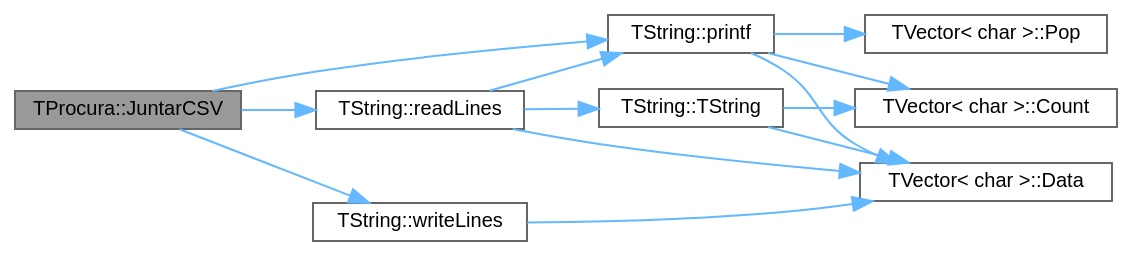
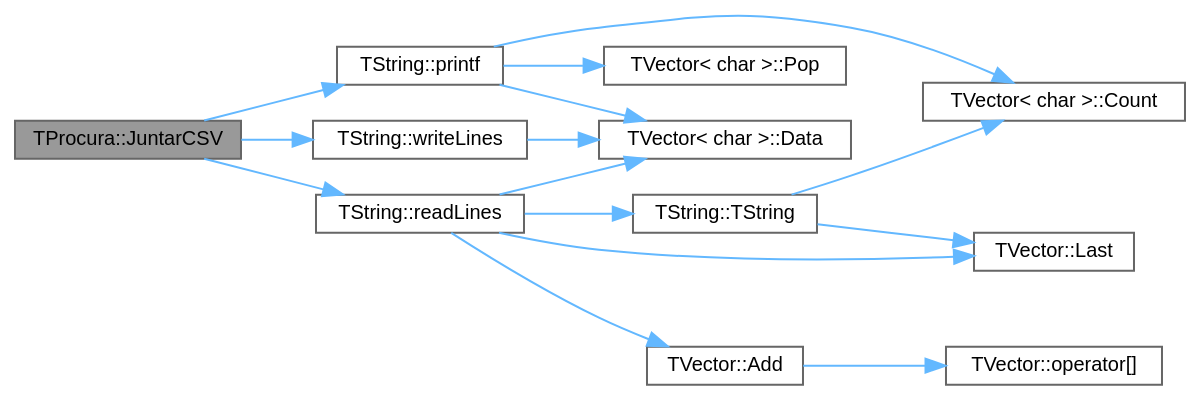
The diagram in classTProcura_a7a323608db4326cb4f9901e324881035_cgraph.dot (jcoelho72/TProcura), drawn with Graphviz before and after one commit. The commit also changed 68 other files, not shown here.

```diff
--- a/classTProcura_a7a323608db4326cb4f9901e324881035_cgraph.dot
+++ b/classTProcura_a7a323608db4326cb4f9901e324881035_cgraph.dot
@@ -1,28 +1,33 @@
 digraph "TProcura::JuntarCSV"
 {
  // LATEX_PDF_SIZE
   bgcolor="transparent";
   edge [fontname=Helvetica,fontsize=10,labelfontname=Helvetica,labelfontsize=10];
   node [fontname=Helvetica,fontsize=10,shape=box,height=0.2,width=0.4];
   rankdir="LR";
   Node1 [id="Node000001",label="TProcura::JuntarCSV",height=0.2,width=0.4,color="gray40", fillcolor="grey60", style="filled", fontcolor="black",tooltip="Juntar ficheiros CSV gerados por diferentes processos MPI em um único ficheiro."];
   Node1 -> Node2 [id="edge1_Node000001_Node000002",color="steelblue1",style="solid",tooltip=" "];
   Node2 [id="Node000002",label="TString::printf",height=0.2,width=0.4,color="grey40", fillcolor="white", style="filled",URL="$classTString.html#a4b9a718839325a0e057bc6e2483d3f17",tooltip=" "];
   Node2 -> Node3 [id="edge2_Node000002_Node000003",color="steelblue1",style="solid",tooltip=" "];
   Node3 [id="Node000003",label="TVector\< char \>::Count",height=0.2,width=0.4,color="grey40", fillcolor="white", style="filled",URL="$classTVector.html#ac3c744d84543ca6e32859eb7dfccfeef",tooltip=" "];
   Node2 -> Node4 [id="edge3_Node000002_Node000004",color="steelblue1",style="solid",tooltip=" "];
   Node4 [id="Node000004",label="TVector\< char \>::Data",height=0.2,width=0.4,color="grey40", fillcolor="white", style="filled",URL="$classTVector.html#addd572d70b587092fddc21a8b0f53120",tooltip="Acesso direto."];
   Node2 -> Node5 [id="edge4_Node000002_Node000005",color="steelblue1",style="solid",tooltip=" "];
   Node5 [id="Node000005",label="TVector\< char \>::Pop",height=0.2,width=0.4,color="grey40", fillcolor="white", style="filled",URL="$classTVector.html#a3249913626d54e46b07e168ce1f05d87",tooltip=" "];
   Node1 -> Node6 [id="edge5_Node000001_Node000006",color="steelblue1",style="solid",tooltip=" "];
   Node6 [id="Node000006",label="TString::readLines",height=0.2,width=0.4,color="grey40", fillcolor="white", style="filled",URL="$classTString.html#ae7b848f7e090aae31886c8fd535e1055",tooltip=" "];
-  Node6 -> Node4 [id="edge6_Node000006_Node000004",color="steelblue1",style="solid",tooltip=" "];
-  Node6 -> Node2 [id="edge7_Node000006_Node000002",color="steelblue1",style="solid",tooltip=" "];
-  Node6 -> Node7 [id="edge8_Node000006_Node000007",color="steelblue1",style="solid",tooltip=" "];
-  Node7 [id="Node000007",label="TString::TString",height=0.2,width=0.4,color="grey40", fillcolor="white", style="filled",URL="$classTString.html#a2fb70d94c8fdba6d90145a01aec1ce3f",tooltip=" "];
-  Node7 -> Node3 [id="edge9_Node000007_Node000003",color="steelblue1",style="solid",tooltip=" "];
-  Node7 -> Node4 [id="edge10_Node000007_Node000004",color="steelblue1",style="solid",tooltip=" "];
-  Node1 -> Node8 [id="edge11_Node000001_Node000008",color="steelblue1",style="solid",tooltip=" "];
-  Node8 [id="Node000008",label="TString::writeLines",height=0.2,width=0.4,color="grey40", fillcolor="white", style="filled",URL="$classTString.html#af95d76252021ef33b1ff8748b73b236d",tooltip=" "];
-  Node8 -> Node4 [id="edge12_Node000008_Node000004",color="steelblue1",style="solid",tooltip=" "];
+  Node6 -> Node7 [id="edge6_Node000006_Node000007",color="steelblue1",style="solid",tooltip=" "];
+  Node7 [id="Node000007",label="TVector::Add",height=0.2,width=0.4,color="grey40", fillcolor="white", style="filled",URL="$classTVector.html#aa28afdd47b27c5e004fc75b86d6f66a6",tooltip=" "];
+  Node7 -> Node8 [id="edge7_Node000007_Node000008",color="steelblue1",style="solid",tooltip=" "];
+  Node8 [id="Node000008",label="TVector::operator[]",height=0.2,width=0.4,color="grey40", fillcolor="white", style="filled",URL="$classTVector.html#a372a42fd7c4a94fee43db36d6a339b33",tooltip="Acesso por índice com auto-expansão."];
+  Node6 -> Node4 [id="edge8_Node000006_Node000004",color="steelblue1",style="solid",tooltip=" "];
+  Node6 -> Node9 [id="edge9_Node000006_Node000009",color="steelblue1",style="solid",tooltip=" "];
+  Node9 [id="Node000009",label="TVector::Last",height=0.2,width=0.4,color="grey40", fillcolor="white", style="filled",URL="$classTVector.html#aa304d639c79ef2842f9951846c6292e3",tooltip=" "];
+  Node6 -> Node10 [id="edge10_Node000006_Node000010",color="steelblue1",style="solid",tooltip=" "];
+  Node10 [id="Node000010",label="TString::TString",height=0.2,width=0.4,color="grey40", fillcolor="white", style="filled",URL="$classTString.html#a2fb70d94c8fdba6d90145a01aec1ce3f",tooltip=" "];
+  Node10 -> Node3 [id="edge11_Node000010_Node000003",color="steelblue1",style="solid",tooltip=" "];
+  Node10 -> Node9 [id="edge12_Node000010_Node000009",color="steelblue1",style="solid",tooltip=" "];
+  Node1 -> Node11 [id="edge13_Node000001_Node000011",color="steelblue1",style="solid",tooltip=" "];
+  Node11 [id="Node000011",label="TString::writeLines",height=0.2,width=0.4,color="grey40", fillcolor="white", style="filled",URL="$classTString.html#af95d76252021ef33b1ff8748b73b236d",tooltip=" "];
+  Node11 -> Node4 [id="edge14_Node000011_Node000004",color="steelblue1",style="solid",tooltip=" "];
 }
```
